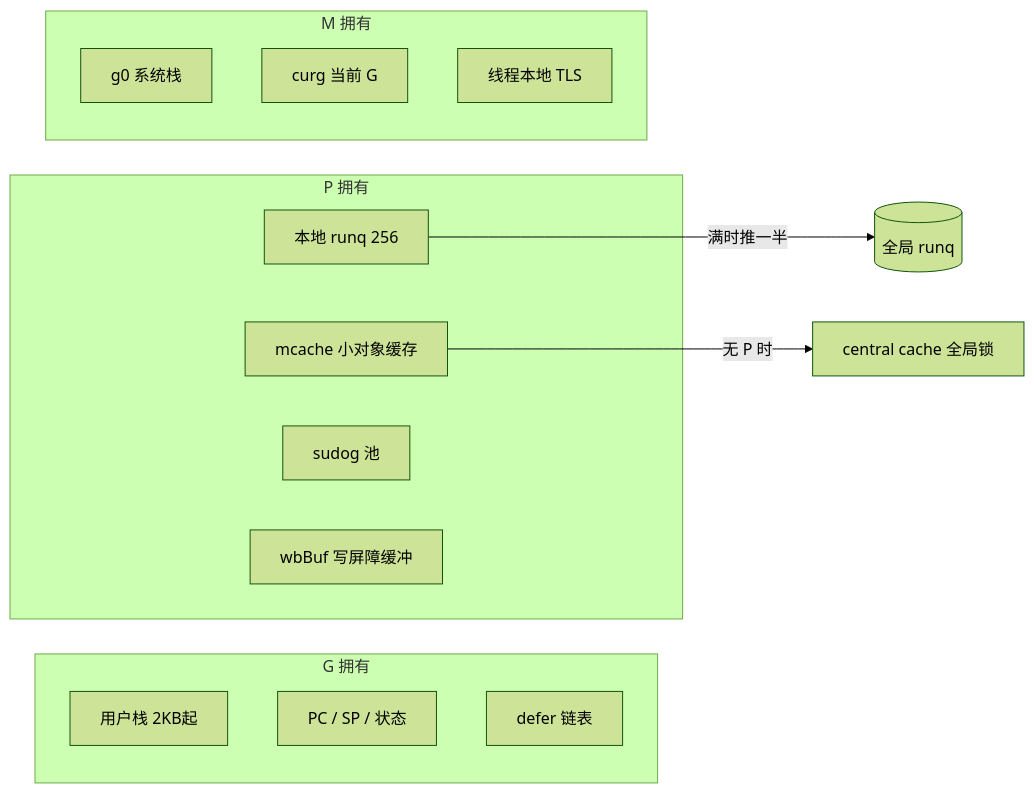
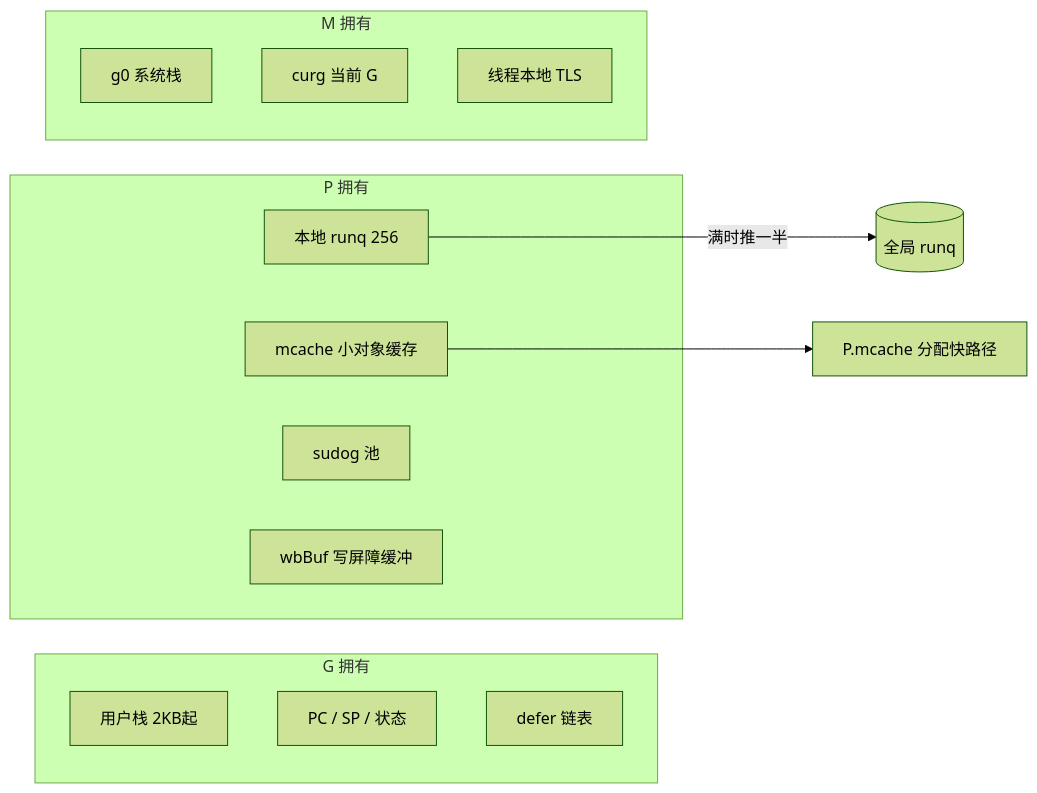
Before and after one commit to twodog-tt/Golang-development-manual: the second of 12 diagrams in docs/interview/01-runtime-concurrency/S-CONC-02-gmp-roles.md, drawn with Mermaid (forest theme). The commit also changed other lines of this file and 438 other files, not shown here.

````diff
--- a/docs/interview/01-runtime-concurrency/S-CONC-02-gmp-roles.md
+++ b/docs/interview/01-runtime-concurrency/S-CONC-02-gmp-roles.md
@@ -90,21 +90,21 @@
 ```mermaid
 flowchart LR
   subgraph G_res[G 拥有]
     G1[用户栈 2KB起]
     G2[PC / SP / 状态]
     G3[defer 链表]
   end
   subgraph P_res[P 拥有]
     P1[本地 runq 256]
     P2[mcache 小对象缓存]
     P3[sudog 池]
     P4[wbBuf 写屏障缓冲]
   end
   subgraph M_res[M 拥有]
     M1[g0 系统栈]
     M2[curg 当前 G]
     M3[线程本地 TLS]
   end
-  P2 -->|无 P 时| Slow[central cache 全局锁]
+  P2 --> Fast[P.mcache 分配快路径]
   P1 -->|满时推一半| GlobalQ[(全局 runq)]
 ```
````
